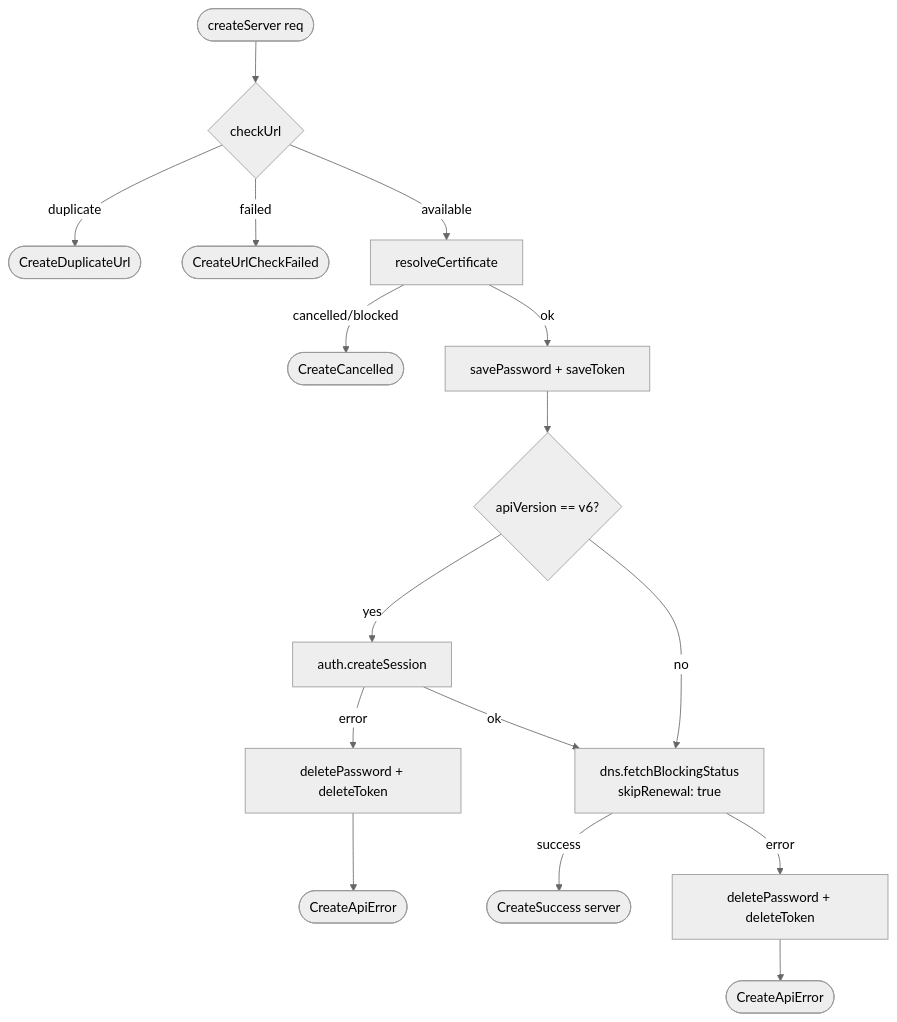
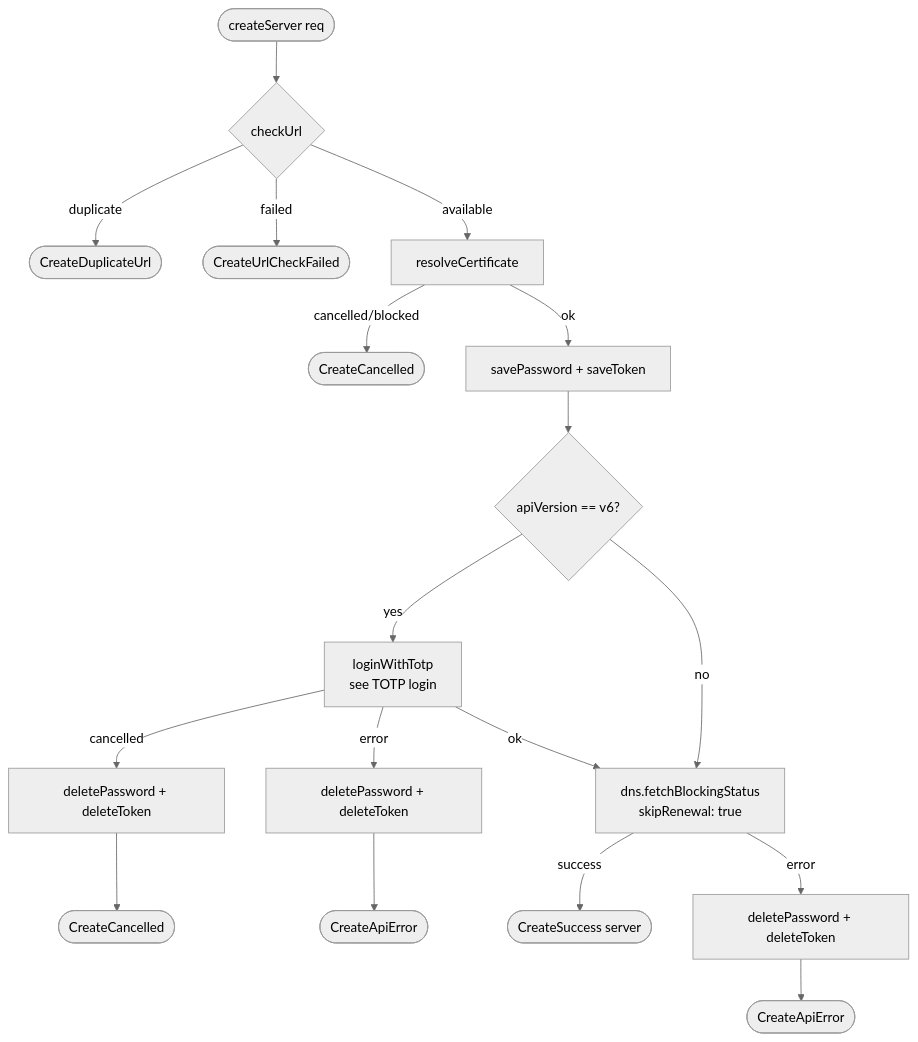
Before and after one commit to tsutsu3/pi-hole-client: the second of 7 diagrams in docs/server-connection-flow.md, drawn with Mermaid (neutral theme). The commit also changed other lines of this file and 57 other files, not shown here.

````diff
--- a/docs/server-connection-flow.md
+++ b/docs/server-connection-flow.md
@@ -32,16 +38,17 @@
 ```mermaid
 flowchart TD
   A([createServer req]) --> B{checkUrl}
   B -- duplicate --> BD([CreateDuplicateUrl])
   B -- failed --> BF([CreateUrlCheckFailed])
   B -- available --> D[resolveCertificate]
   D -- cancelled/blocked --> DX([CreateCancelled])
   D -- ok --> C[savePassword + saveToken]
   C --> E{apiVersion == v6?}
-  E -- yes --> F[auth.createSession]
+  E -- yes --> F[loginWithTotp<br/>see TOTP login]
+  F -- cancelled --> FC[deletePassword + deleteToken] --> FX([CreateCancelled])
   F -- error --> G[deletePassword + deleteToken] --> H([CreateApiError])
   F -- ok --> I[dns.fetchBlockingStatus<br/>skipRenewal: true]
   E -- no --> I
   I -- success --> J([CreateSuccess server])
   I -- error --> K[deletePassword + deleteToken] --> L([CreateApiError])
 ```
````
